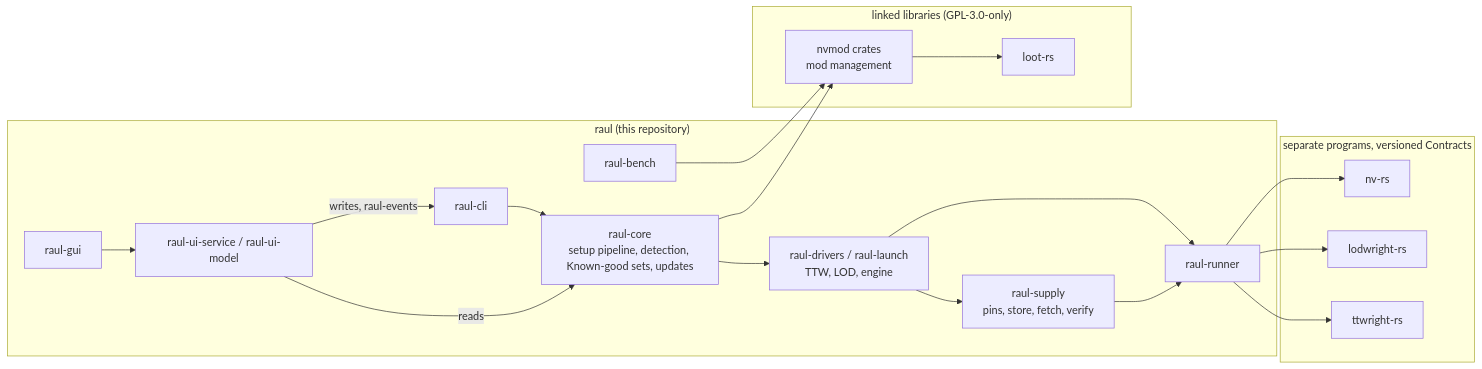
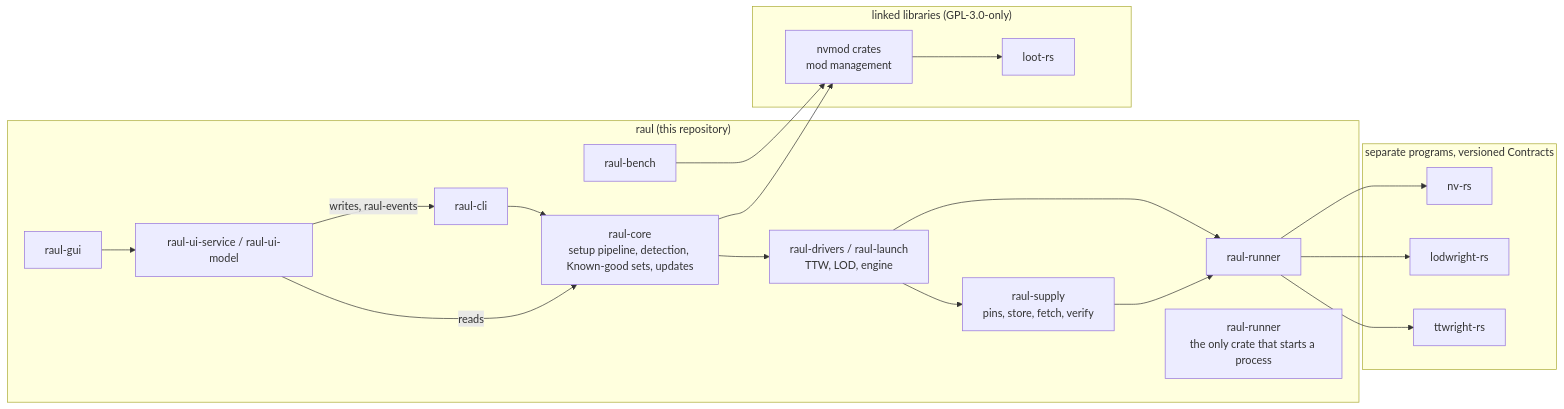
The first of 2 diagrams in docs/ARCHITECTURE.md (JorisJonkers-dev/rauls-trusty-toolbox), drawn with Mermaid before and after one commit. The commit also changed other lines of this file and 7 other files, not shown here.

First line of the commit message:
feat(runner): make raul-runner the only Toolbox crate that starts a process

````diff
--- a/docs/ARCHITECTURE.md
+++ b/docs/ARCHITECTURE.md
@@ -13,35 +13,36 @@
 ```mermaid
 flowchart LR
   subgraph raul["raul (this repository)"]
     gui["raul-gui"]
     uis["raul-ui-service / raul-ui-model"]
     cli["raul-cli"]
     core["raul-core<br/>setup pipeline, detection, Known-good sets, updates"]
     drv["raul-drivers / raul-launch<br/>TTW, LOD, engine"]
     sup["raul-supply<br/>pins, store, fetch, verify"]
     run["raul-runner"]
     bench["raul-bench"]
+    runner["raul-runner<br/>the only crate that starts a process"]
   end
   subgraph linked["linked libraries (GPL-3.0-only)"]
     nvmod["nvmod crates<br/>mod management"]
     loot["loot-rs"]
   end
   subgraph procs["separate programs, versioned Contracts"]
     nvrs["nv-rs"]
     lod["lodwright-rs"]
     ttw["ttwright-rs"]
   end
   gui --> uis
   uis -- reads --> core
   uis -- writes, raul-events --> cli
   cli --> core
   core --> nvmod
   core --> drv
   drv --> sup --> run
   drv --> run
   nvmod --> loot
   run --> nvrs
   run --> lod
   run --> ttw
   bench --> nvmod
 ```
````
